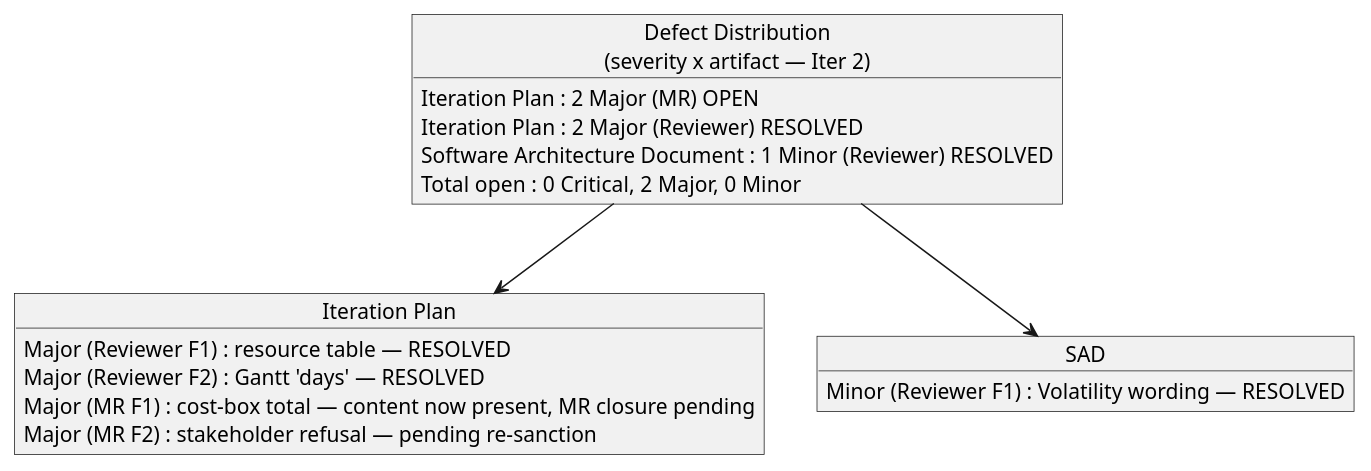
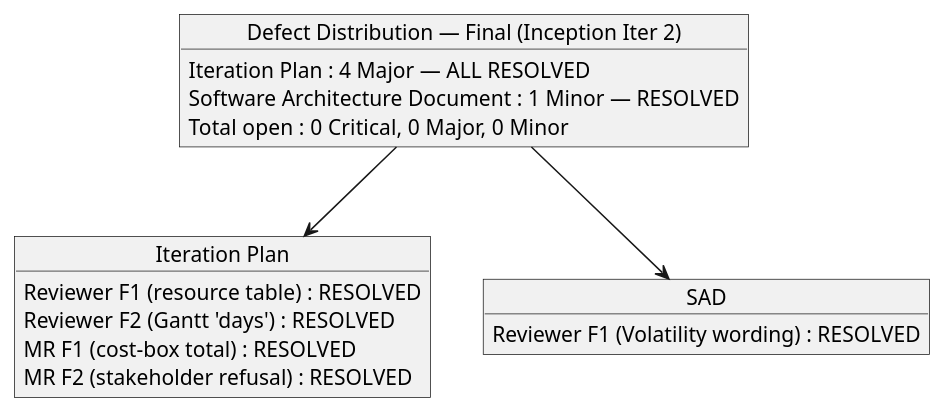
Before and after one commit to banense-test/portal: the fourth of 7 diagrams in docs/artifacts/project-management/review-record.md, drawn with PlantUML. The commit also changed other lines of this file, not shown here.

Commit message:
Management Reviewer [I2]: upsert Review Record
[skip ci]

````diff
--- a/docs/artifacts/project-management/review-record.md
+++ b/docs/artifacts/project-management/review-record.md
@@ -97,26 +97,25 @@
 ```plantuml
 @startuml
 skinparam objectStyle rectangle
 
-object "Defect Distribution\n(severity x artifact — Iter 2)" as DD {
-  Iteration Plan : 2 Major (MR) OPEN
-  Iteration Plan : 2 Major (Reviewer) RESOLVED
-  Software Architecture Document : 1 Minor (Reviewer) RESOLVED
-  Total open : 0 Critical, 2 Major, 0 Minor
+object "Defect Distribution — Final (Inception Iter 2)" as DD {
+  Iteration Plan : 4 Major — ALL RESOLVED
+  Software Architecture Document : 1 Minor — RESOLVED
+  Total open : 0 Critical, 0 Major, 0 Minor
 }
 
 object "Iteration Plan" as IP {
-  Major (Reviewer F1) : resource table — RESOLVED
-  Major (Reviewer F2) : Gantt 'days' — RESOLVED
-  Major (MR F1) : cost-box total — content now present, MR closure pending
-  Major (MR F2) : stakeholder refusal — pending re-sanction
+  Reviewer F1 (resource table) : RESOLVED
+  Reviewer F2 (Gantt 'days') : RESOLVED
+  MR F1 (cost-box total) : RESOLVED
+  MR F2 (stakeholder refusal) : RESOLVED
 }
 
 object "SAD" as SAD {
-  Minor (Reviewer F1) : Volatility wording — RESOLVED
+  Reviewer F1 (Volatility wording) : RESOLVED
 }
 
 DD --> IP
 DD --> SAD
 @enduml
 ```
````
